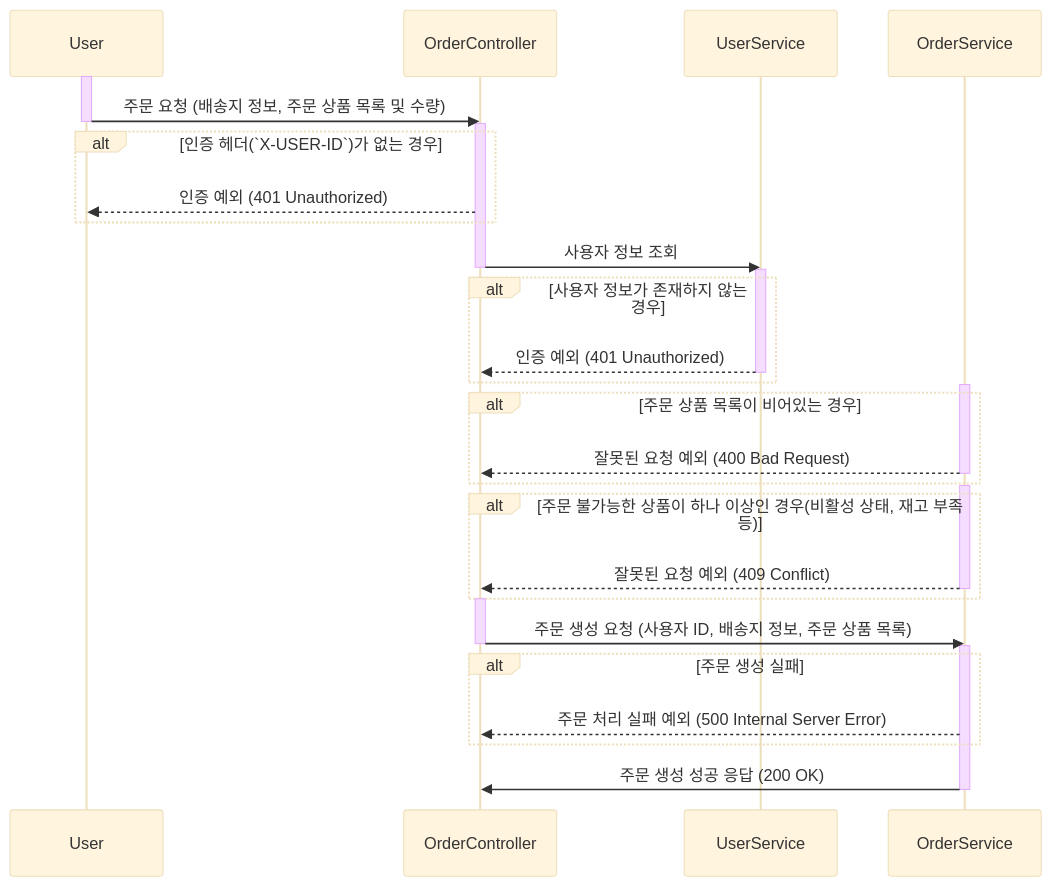
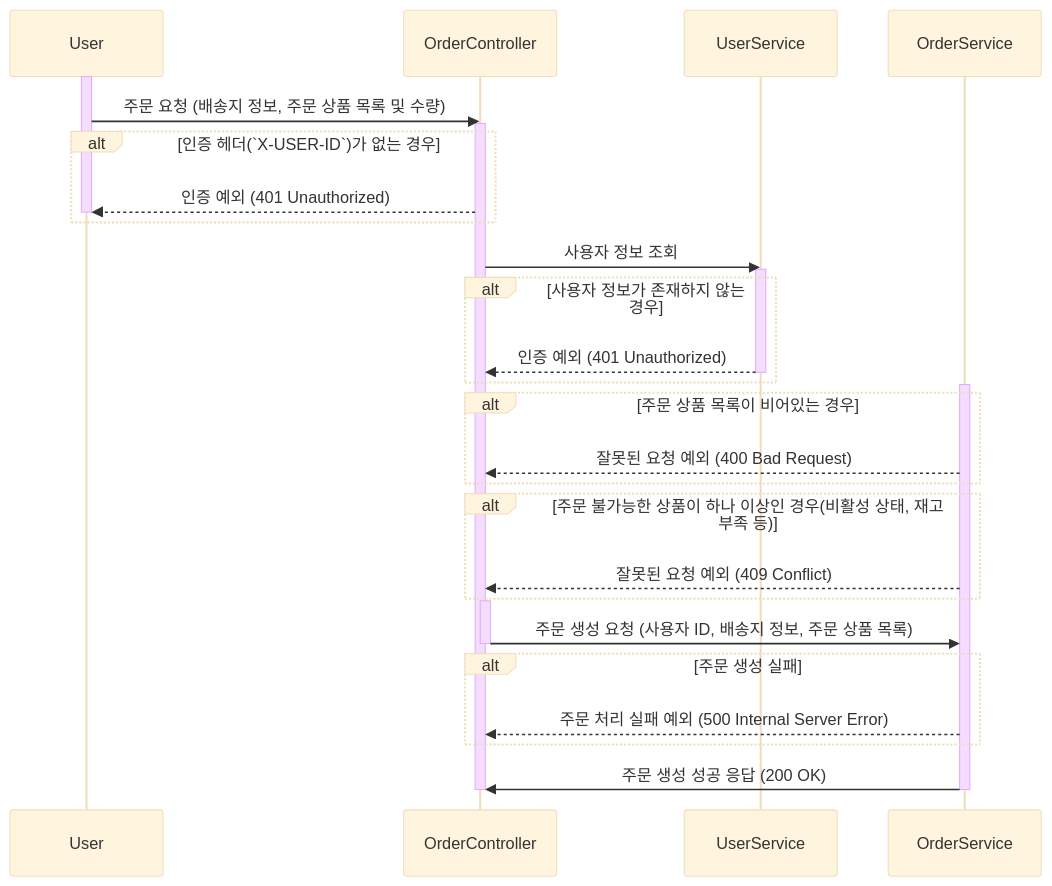
The first of 4 diagrams in docs/design/02-sequence-diagrams/order_payment_v2.md (kiekk/gamsung-commerce), drawn with Mermaid (base theme) before and after one commit. The commit also changed other lines of this file and 5 other files, not shown here.

First line of the commit message:
docs: 시퀀스 다이어그램 수정 (2주차 피드백 반영)

````diff
--- a/docs/design/02-sequence-diagrams/order_payment_v2.md
+++ b/docs/design/02-sequence-diagrams/order_payment_v2.md
@@ -11,40 +11,36 @@
 ```mermaid
 sequenceDiagram
     participant User
     participant OrderController
     participant UserService
     participant OrderService
     activate User
     User ->> OrderController: 주문 요청 (배송지 정보, 주문 상품 목록 및 수량)
-    deactivate User
     activate OrderController
     alt 인증 헤더(`X-USER-ID`)가 없는 경우
         OrderController -->> User: 인증 예외 (401 Unauthorized)
+        deactivate User
     end
     OrderController ->> UserService: 사용자 정보 조회
-    deactivate OrderController
     activate UserService
     alt 사용자 정보가 존재하지 않는 경우
         UserService -->> OrderController: 인증 예외 (401 Unauthorized)
         deactivate UserService
     end
     activate OrderService
     alt 주문 상품 목록이 비어있는 경우
         OrderService -->> OrderController: 잘못된 요청 예외 (400 Bad Request)
-        deactivate OrderService
     end
-    activate OrderService
     alt 주문 불가능한 상품이 하나 이상인 경우(비활성 상태, 재고 부족 등)
         OrderService -->> OrderController: 잘못된 요청 예외 (409 Conflict)
-        deactivate OrderService
     end
     activate OrderController
     OrderController ->> OrderService: 주문 생성 요청 (사용자 ID, 배송지 정보, 주문 상품 목록)
     deactivate OrderController
-    activate OrderService
     alt 주문 생성 실패
         OrderService -->> OrderController: 주문 처리 실패 예외 (500 Internal Server Error)
     end
     OrderService ->> OrderController: 주문 생성 성공 응답 (200 OK)
     deactivate OrderService
+    deactivate OrderController
 ```
````
